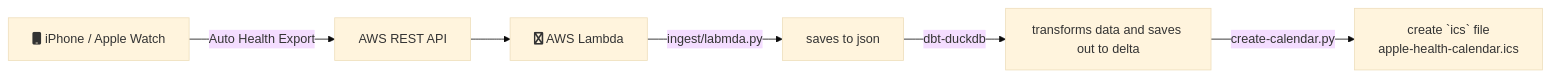
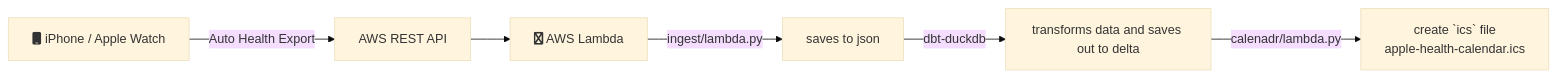
Before and after one commit to namtonthat/apple-health-data: the first of 2 diagrams in README.md, drawn with Mermaid (base theme). The commit also changed other lines of this file and 2 other files, not shown here.

````diff
--- a/README.md
+++ b/README.md
@@ -13,8 +13,8 @@
 ```mermaid
 graph LR
     A[fa:fa-mobile iPhone / Apple Watch] -->|Auto Health Export|B
     B[AWS REST API] --> C[fa:fa-aws AWS Lambda]
-    C -->|ingest/labmda.py| D[saves to json]
+    C -->|ingest/lambda.py| D[saves to json]
     D -->|dbt-duckdb| E[transforms data and saves out to delta]
-    E -->|create-calendar.py| F[create `ics` file <br> apple-health-calendar.ics]
+    E -->|calenadr/lambda.py| F[create `ics` file <br> apple-health-calendar.ics]
 ```
````
